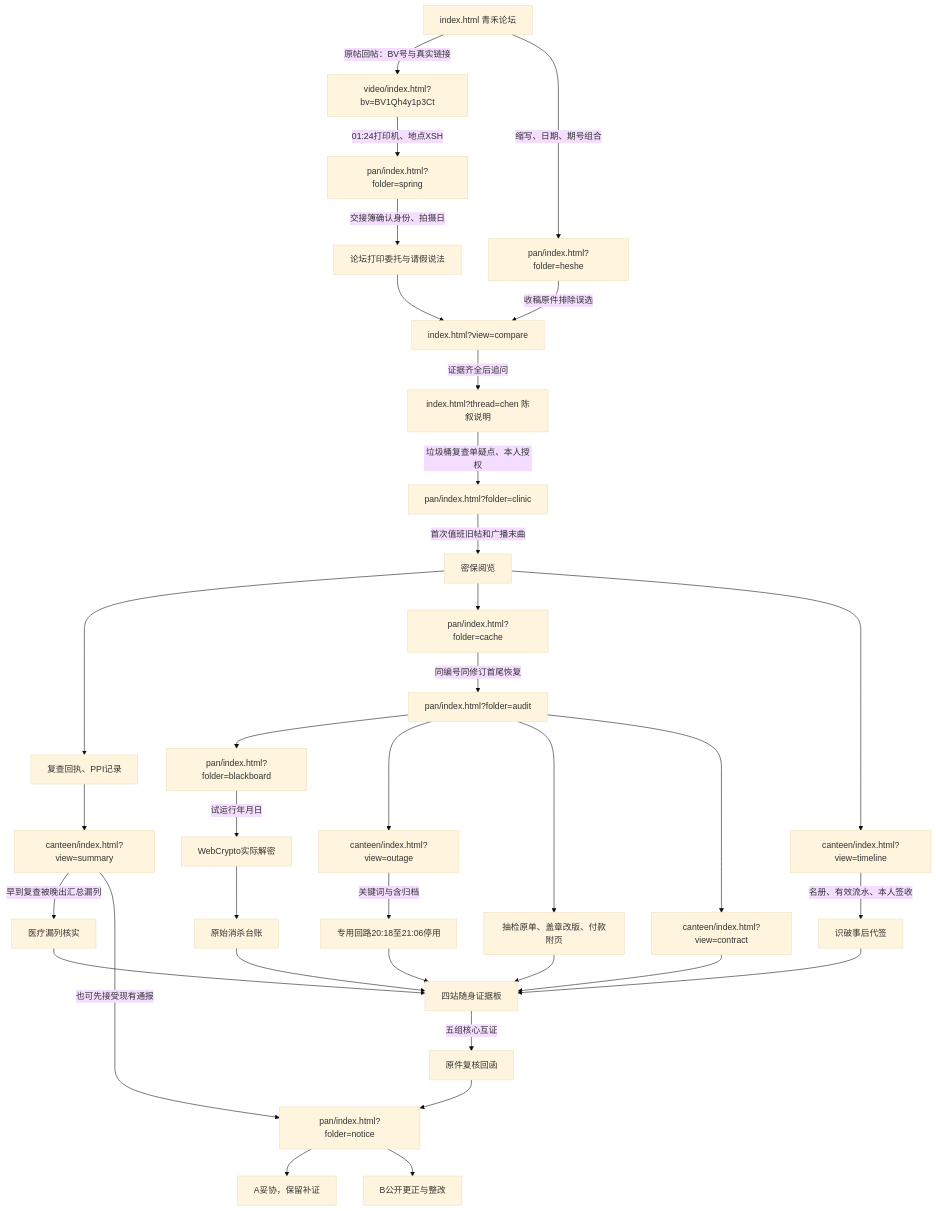
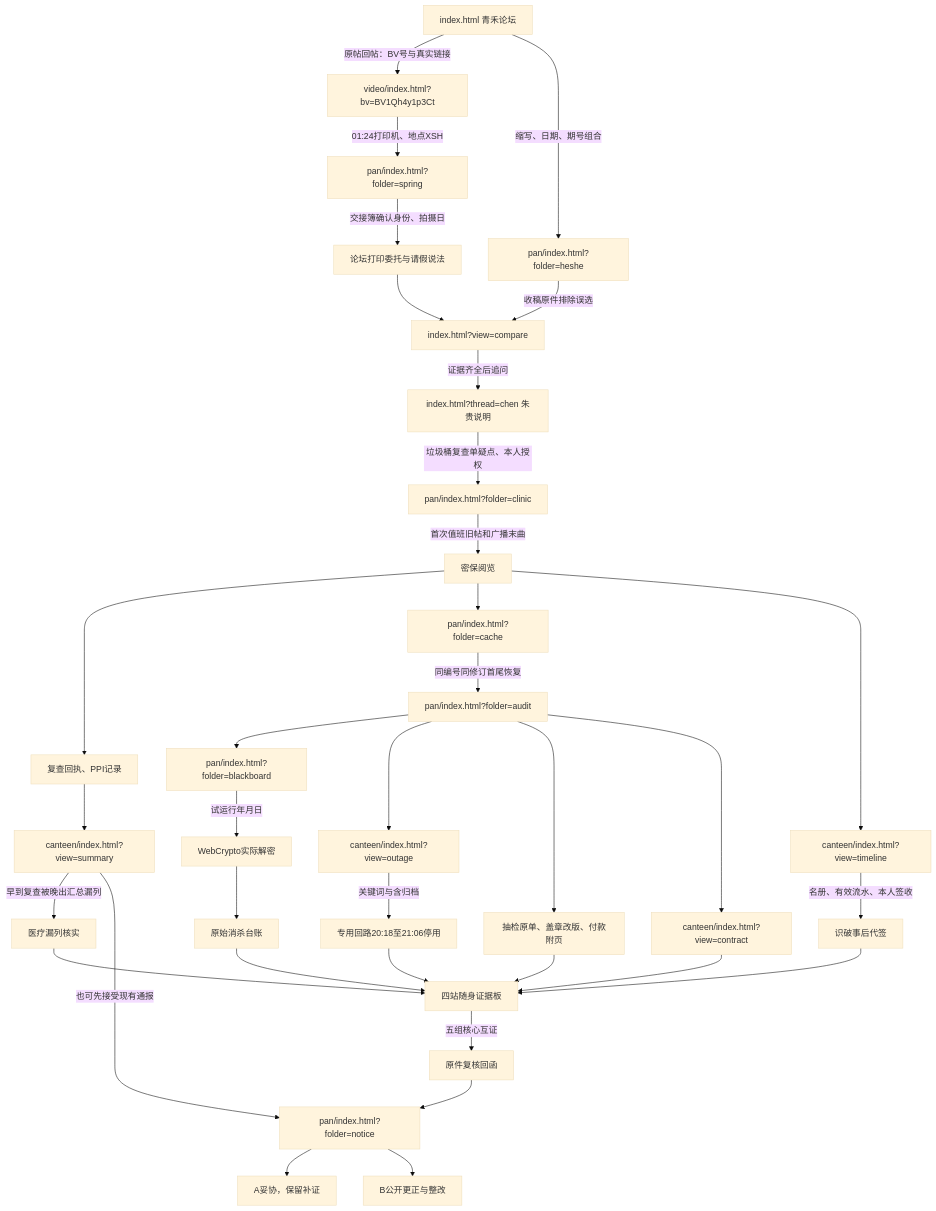
Before and after one commit to huaisu17/third-positive-report: the diagram in docs/SYSTEM-REBUILD.md, drawn with Mermaid (base theme). The commit also changed other lines of this file and 44 other files, not shown here.

````diff
--- a/docs/SYSTEM-REBUILD.md
+++ b/docs/SYSTEM-REBUILD.md
@@ -48,37 +48,37 @@
 ```mermaid
 flowchart TD
   F[index.html 青禾论坛] -->|原帖回帖：BV号与真实链接| V[video/index.html?bv=BV1Qh4y1p3Ct]
   V -->|01:24打印机、地点XSH| S[pan/index.html?folder=spring]
   S -->|交接簿确认身份、拍摄日| PF[论坛打印委托与请假说法]
   F -->|缩写、日期、期号组合| H[pan/index.html?folder=heshe]
   H -->|收稿原件排除误选| C[index.html?view=compare]
   PF --> C
-  C -->|证据齐全后追问| L1[index.html?thread=chen 陈叙说明]
+  C -->|证据齐全后追问| L1[index.html?thread=chen 朱贵说明]
   L1 -->|垃圾桶复查单疑点、本人授权| Z[pan/index.html?folder=clinic]
   Z -->|首次值班旧帖和广播末曲| R[密保阅览]
   R --> M[复查回执、PPI记录]
   R --> D[pan/index.html?folder=cache]
   R --> T[canteen/index.html?view=timeline]
   T -->|名册、有效流水、本人签收| TL[识破事后代签]
   M --> SUM[canteen/index.html?view=summary]
   SUM -->|早到复查被晚出汇总漏列| ML[医疗漏列核实]
   D -->|同编号同修订首尾恢复| A[pan/index.html?folder=audit]
   A --> PH[pan/index.html?folder=blackboard]
   PH -->|试运行年月日| DEC[WebCrypto实际解密]
   DEC --> L[原始消杀台账]
   A --> O[canteen/index.html?view=outage]
   O -->|关键词与含归档| WX[专用回路20:18至21:06停用]
   A --> LAB[抽检原单、盖章改版、付款附页]
   A --> CT[canteen/index.html?view=contract]
   TL --> B[四站随身证据板]
   ML --> B
   L --> B
   WX --> B
   LAB --> B
   CT --> B
   B -->|五组核心互证| REVIEW[原件复核回函]
   REVIEW --> END[pan/index.html?folder=notice]
   SUM -->|也可先接受现有通报| END
   END --> EA[A妥协，保留补证]
   END --> EB[B公开更正与整改]
 ```
````
